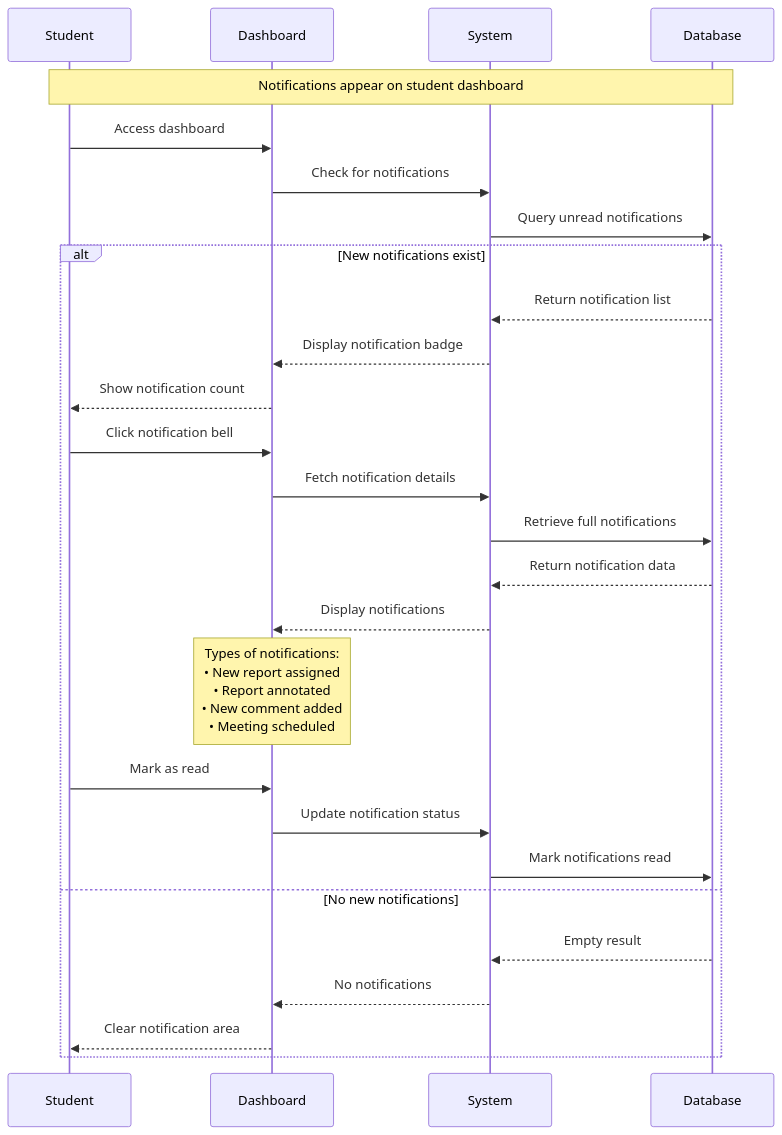
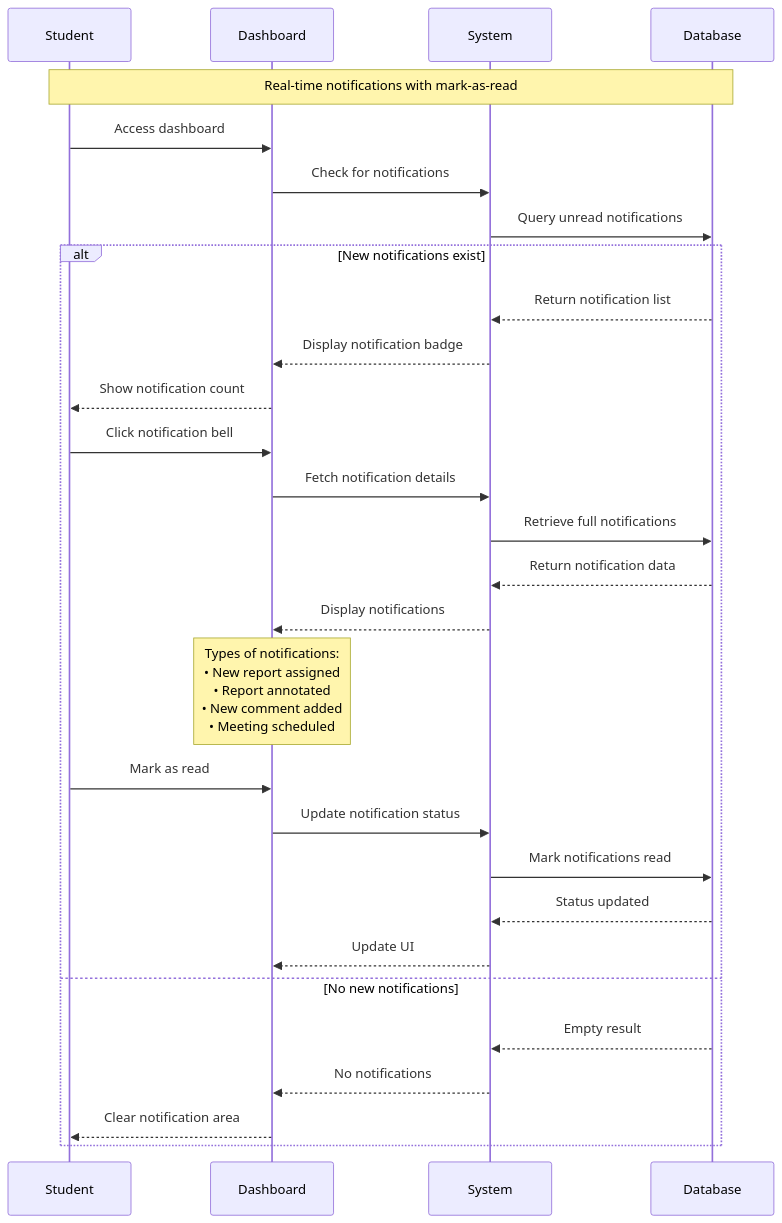
The sixth of 42 diagrams in sequence.md (abdullah2323442/thesisrepo-backup), drawn with Mermaid before and after one commit. The commit also changed other lines of this file, not shown here.

````diff
--- a/sequence.md
+++ b/sequence.md
@@ -93,35 +136,37 @@
 ```mermaid
 sequenceDiagram
     participant Student
     participant Dashboard
     participant System
     participant Database
 
-    Note over Student,Database: Notifications appear on student dashboard
+    Note over Student,Database: Real-time notifications with mark-as-read
     
     Student->>Dashboard: Access dashboard
     Dashboard->>System: Check for notifications
     System->>Database: Query unread notifications
     
     alt New notifications exist
         Database-->>System: Return notification list
         System-->>Dashboard: Display notification badge
         Dashboard-->>Student: Show notification count
         
         Student->>Dashboard: Click notification bell
         Dashboard->>System: Fetch notification details
         System->>Database: Retrieve full notifications
         Database-->>System: Return notification data
         System-->>Dashboard: Display notifications
         
         Note over Dashboard: Types of notifications:<br/>• New report assigned<br/>• Report annotated<br/>• New comment added<br/>• Meeting scheduled
         
         Student->>Dashboard: Mark as read
         Dashboard->>System: Update notification status
         System->>Database: Mark notifications read
+        Database-->>System: Status updated
+        System-->>Dashboard: Update UI
     else No new notifications
         Database-->>System: Empty result
         System-->>Dashboard: No notifications
         Dashboard-->>Student: Clear notification area
     end
 ```
````
